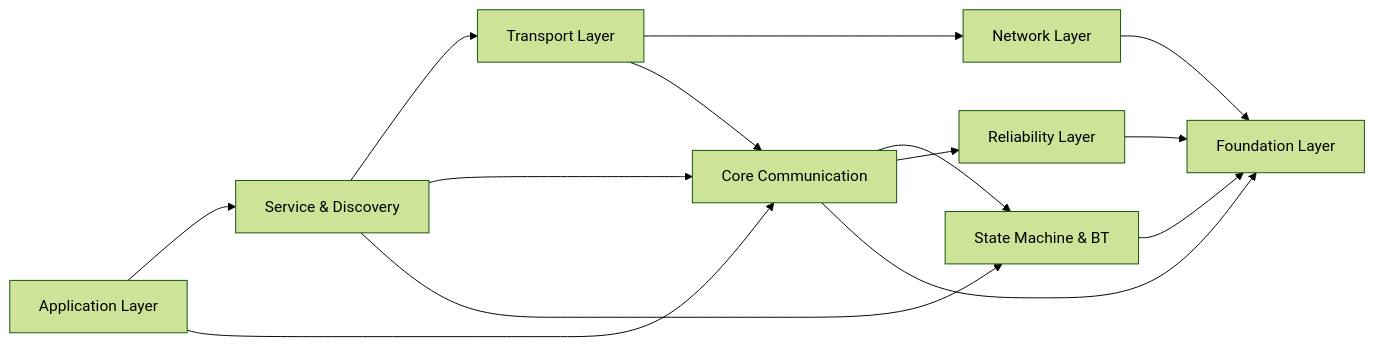
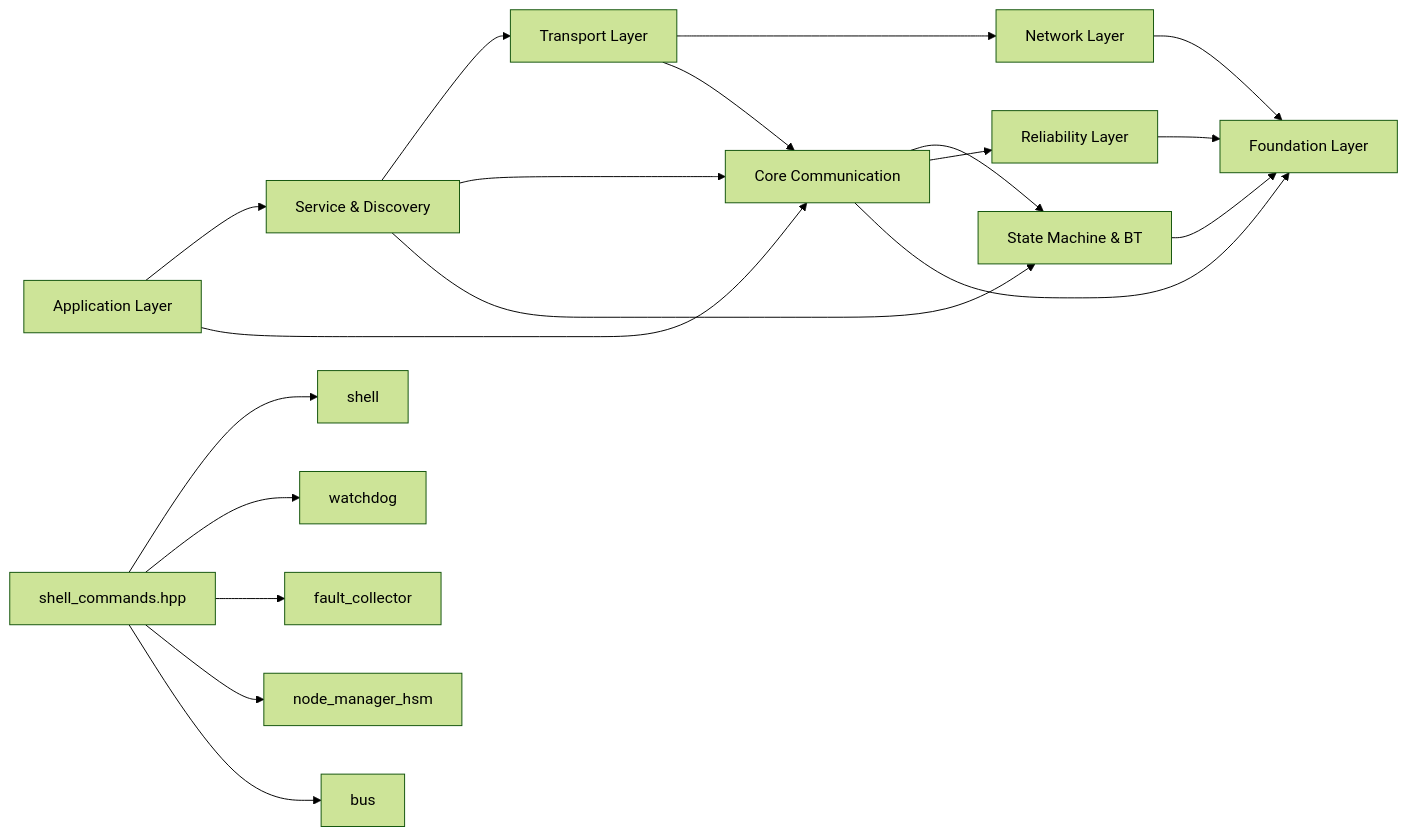
One commit to DeguiLiu/newosp changed the second of 2 diagrams in README.md. Above: the diagram before and after it, drawn with Mermaid (forest theme). The commit also changed other lines of this file and 10 other files, not shown here.

First line of the commit message:
feat: add shell_commands.hpp diagnostic bridge and module query APIs

````diff
--- a/README.md
+++ b/README.md
@@ -156,30 +158,36 @@
 ```mermaid
 flowchart LR
     Application[Application Layer]
     Service[Service & Discovery]
     Transport[Transport Layer]
     Network[Network Layer]
     Core[Core Communication]
     StateMachine[State Machine & BT]
     Reliability[Reliability Layer]
     Foundation[Foundation Layer]
 
     Application --> Service
     Application --> Core
 
     Service --> Transport
     Service --> Core
     Service --> StateMachine
 
     Transport --> Network
     Transport --> Core
 
     Network --> Foundation
 
     Core --> StateMachine
     Core --> Reliability
     Core --> Foundation
 
     StateMachine --> Foundation
     Reliability --> Foundation
+
+    shell_commands[shell_commands.hpp] --> shell
+    shell_commands --> watchdog
+    shell_commands --> fault_collector
+    shell_commands --> node_manager_hsm
+    shell_commands --> bus
 ```
````
